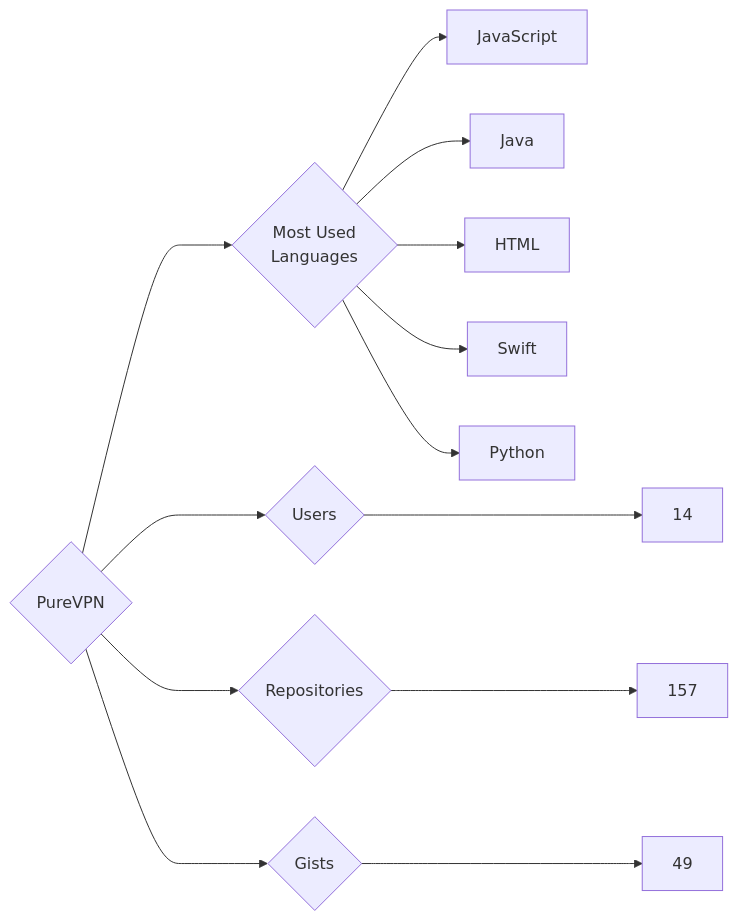
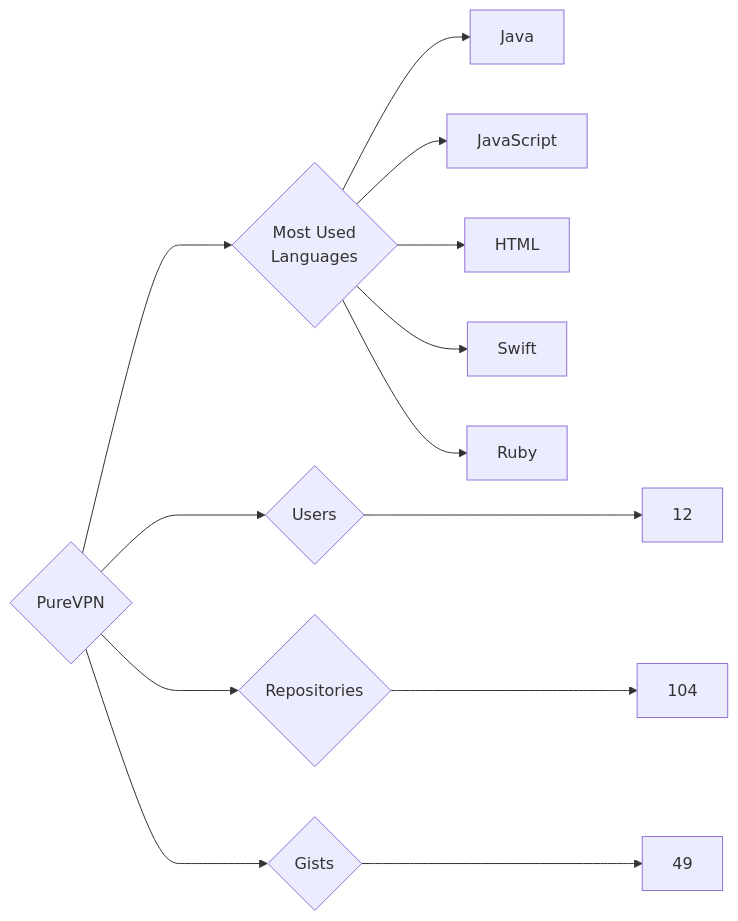
One commit to trickest/insiders changed the diagram in targets/PureVPN/README.md. Above: the diagram before and after it, drawn with Mermaid. The commit also changed 1479 other files, not shown here.

````diff
--- a/targets/PureVPN/README.md
+++ b/targets/PureVPN/README.md
@@ -3,13 +3,13 @@
 ```mermaid
 graph LR
 COMPANY_NAME{PureVPN}
-COMPANY_NAME ---> U{Users} ---> UN[14]
-COMPANY_NAME ---> R{Repositories} ---> RN[157]
+COMPANY_NAME ---> U{Users} ---> UN[12]
+COMPANY_NAME ---> R{Repositories} ---> RN[104]
 COMPANY_NAME ---> G{Gists} ---> GN[49]
 COMPANY_NAME ---> ML{Most Used<br>Languages}
+ML --> Java[Java]
 ML --> JavaScript[JavaScript]
-ML --> Java[Java]
 ML --> HTML[HTML]
 ML --> Swift[Swift]
-ML --> Python[Python]
+ML --> Ruby[Ruby]
 ```
````
